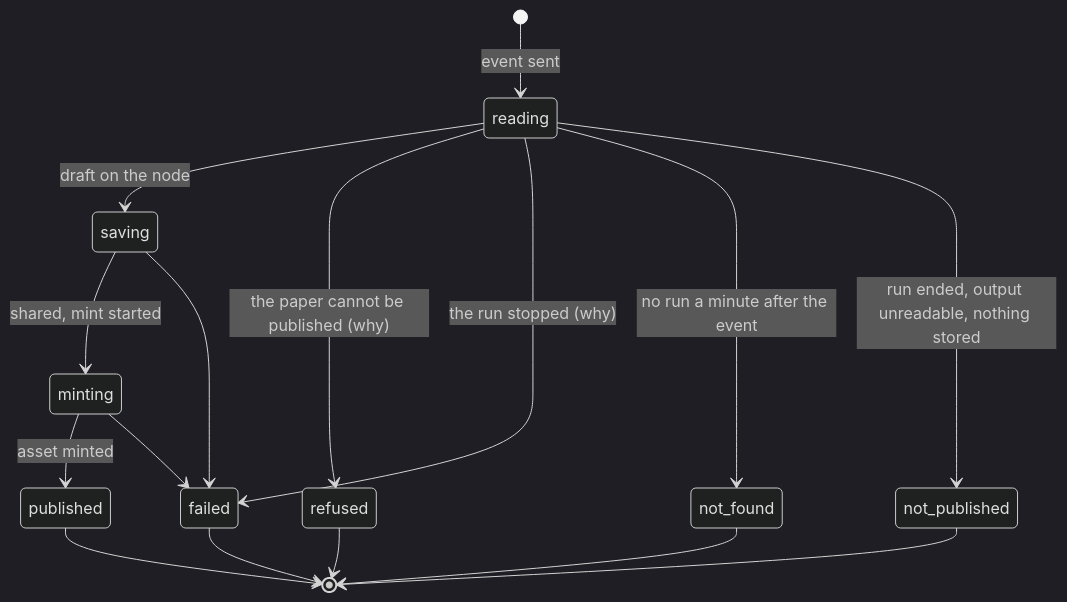
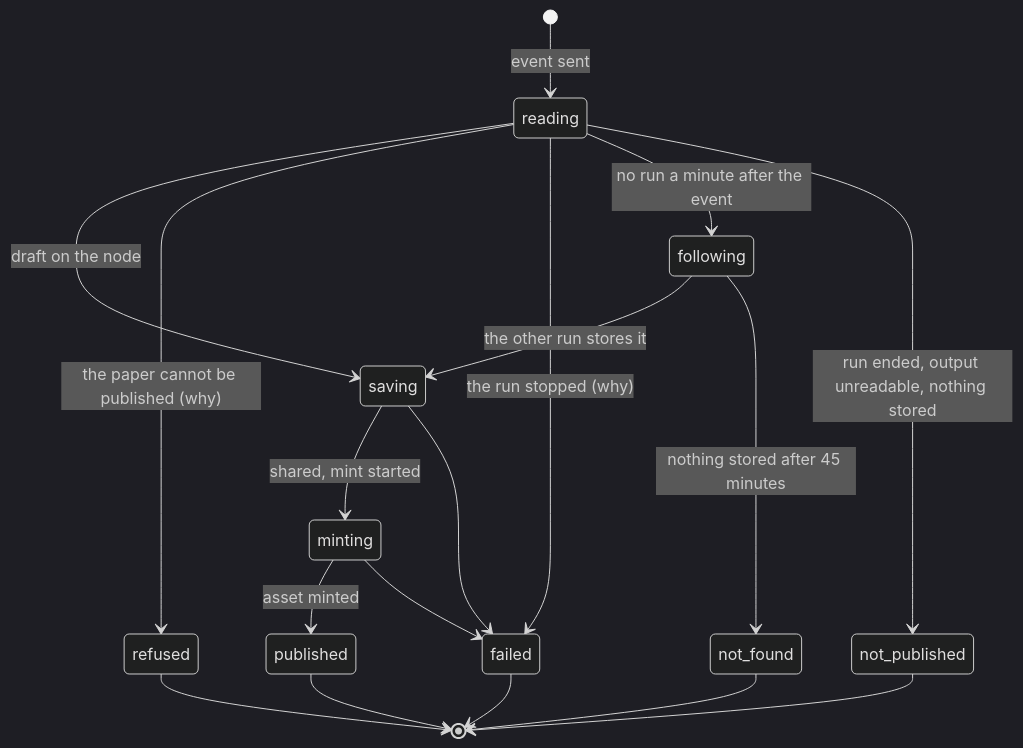
The diagram in apps/web/README.md (SiegfriedBz/verisci), drawn with Mermaid (dark theme) before and after one commit. The commit also changed other lines of this file and 12 other files, not shown here.

````diff
--- a/apps/web/README.md
+++ b/apps/web/README.md
@@ -41,18 +41,20 @@
 ```mermaid
 stateDiagram-v2
   [*] --> reading: event sent
   reading --> saving: draft on the node
   saving --> minting: shared, mint started
   minting --> published: asset minted
   reading --> refused: the paper cannot be published (why)
   reading --> failed: the run stopped (why)
   saving --> failed
   minting --> failed
-  reading --> not_found: no run a minute after the event
+  reading --> following: no run a minute after the event
+  following --> saving: the other run stores it
+  following --> not_found: nothing stored after 45 minutes
   reading --> not_published: run ended, output unreadable, nothing stored
   published --> [*]
   refused --> [*]
   failed --> [*]
   not_found --> [*]
   not_published --> [*]
 ```
````
